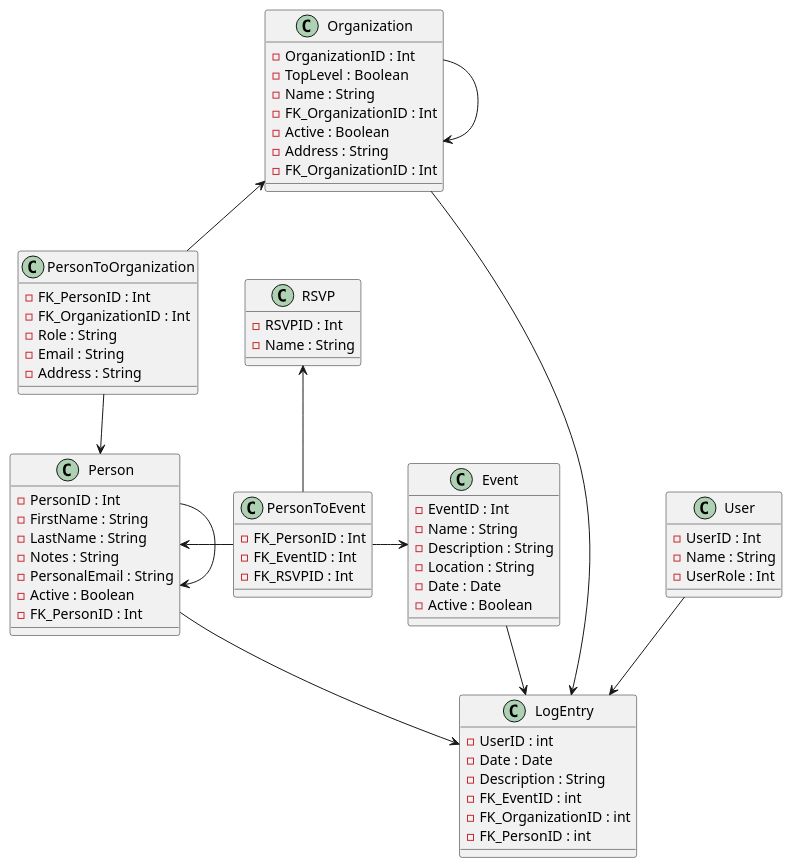
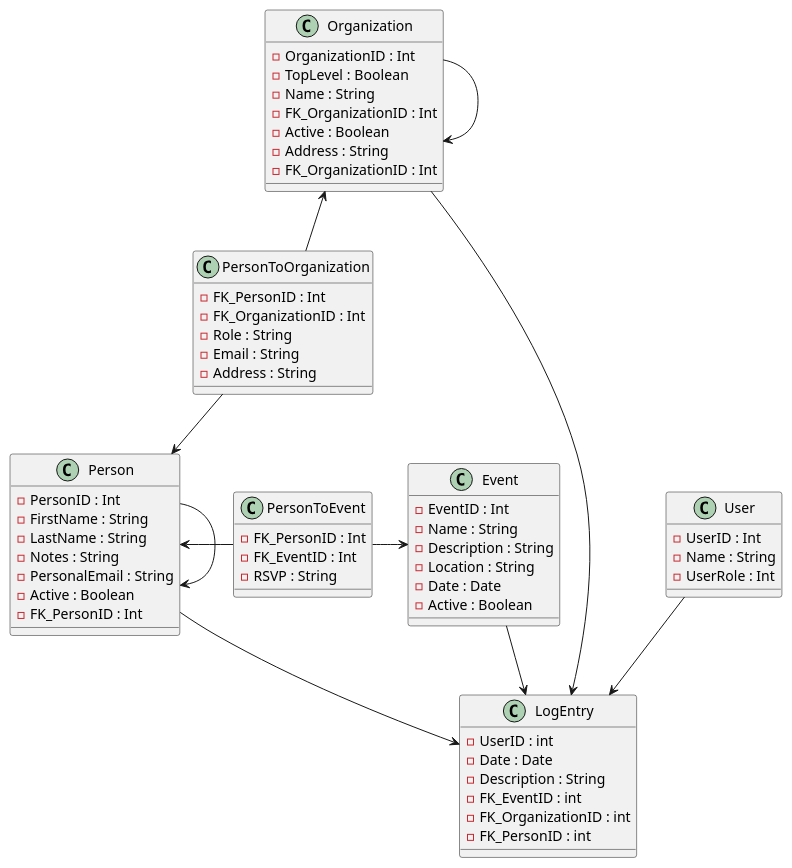
Before and after one commit to Vibenk/LilaElefant: the diagram in architecture/database/data.puml, drawn with PlantUML. The commit also changed 3 other files, not shown here.

```diff
--- a/architecture/database/data.puml
+++ b/architecture/database/data.puml
@@ -1,92 +1,86 @@
 @startuml
 
 'left to right direction
 
 class Organization {
   -OrganizationID : Int
   -TopLevel : Boolean
   -Name : String
   -FK_OrganizationID : Int
   -Active : Boolean
   -Address : String
 '  -CreationDate : Date
 '  -LastModified : Date
   -FK_OrganizationID : Int 
 }
 
 
 class Person {
   -PersonID : Int
   -FirstName : String
   -LastName : String
   -Notes : String
   -PersonalEmail : String
   -Active : Boolean
 '  -CreationDate : Date
 '  -LastModified : Date
   -FK_PersonID : Int
 }
 
 class PersonToOrganization {
   -FK_PersonID : Int
   -FK_OrganizationID : Int
   -Role : String
   -Email : String
   -Address : String
 }
 
 
 class Event {
   -EventID : Int
   -Name : String
   -Description : String
   -Location : String
   -Date : Date
   -Active : Boolean
 '  -CreationDate : Date
 '  -LastModified : Date
 }
 
-class RSVP {
-  -RSVPID : Int
-  -Name : String
-}
-
 class PersonToEvent {
   -FK_PersonID : Int
   -FK_EventID : Int
-  -FK_RSVPID : Int
+  -RSVP : String
 '  -LastModified : Date
 }
 
 class User {
   -UserID : Int
   -Name : String
   -UserRole : Int
 }
 
 
 class LogEntry {
   -UserID : int
   -Date : Date
   -Description : String
   -FK_EventID : int
   -FK_OrganizationID : int
   -FK_PersonID : int
 
 }
 
 PersonToOrganization -down-> Person
 PersonToOrganization -up-> Organization
 PersonToEvent -left-> Person
 PersonToEvent -right-> Event
-PersonToEvent -up-> RSVP
 Organization -> Organization
 Person -> Person
 
 Organization --> LogEntry
 Person --> LogEntry
 Event --> LogEntry
 User --> LogEntry
 
 @enduml
```
